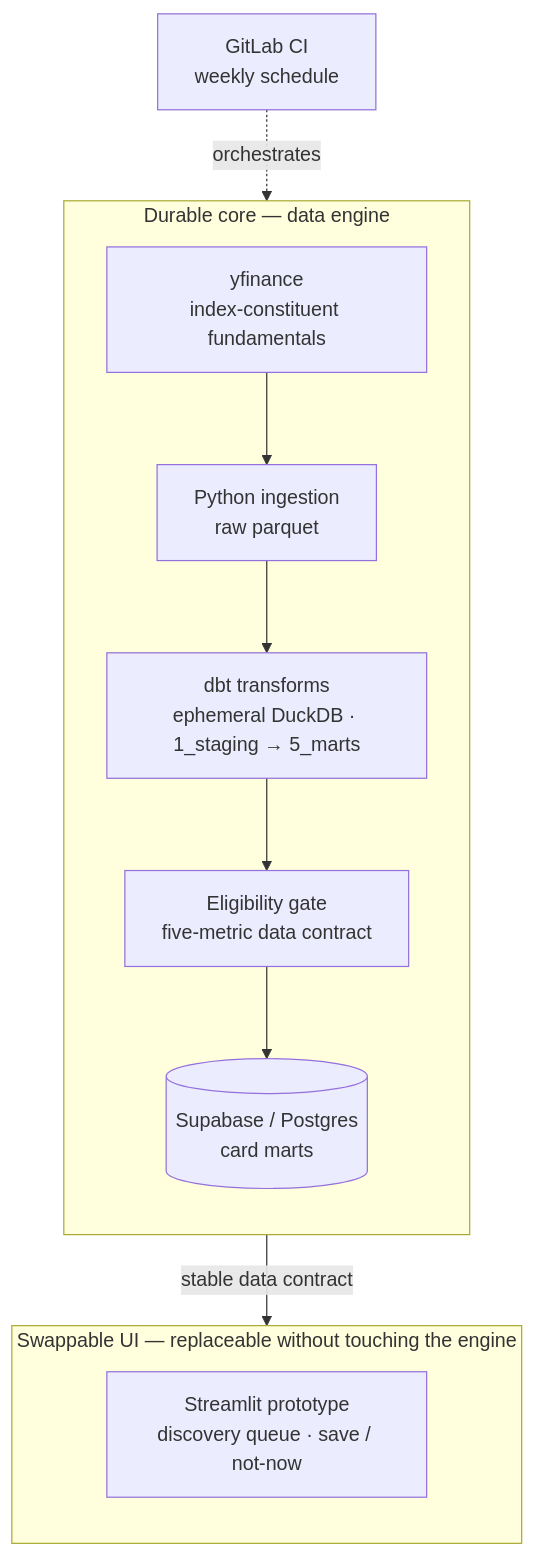
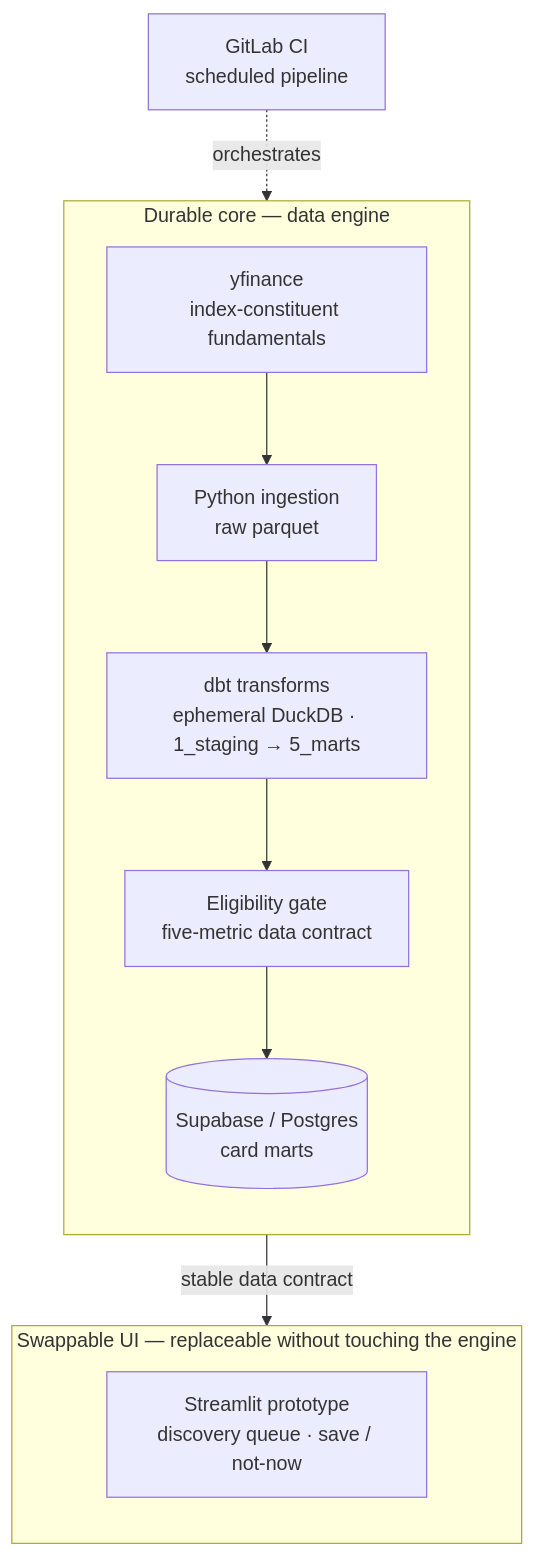
One commit to ramialfahham/stock-explorer-app changed the diagram in README.md. Above: the diagram before and after it, drawn with Mermaid. The commit also changed other lines of this file and 14 other files, not shown here.

First line of the commit message:
Switch data pipeline cadence from weekly to every two weeks

````diff
--- a/README.md
+++ b/README.md
@@ -26,16 +26,16 @@
 ```mermaid
 flowchart TD
     subgraph core["Durable core — data engine"]
         direction TB
         A["yfinance<br/>index-constituent fundamentals"] --> B["Python ingestion<br/>raw parquet"]
         B --> C["dbt transforms<br/>ephemeral DuckDB · 1_staging → 5_marts"]
         C --> D["Eligibility gate<br/>five-metric data contract"]
         D --> E[("Supabase / Postgres<br/>card marts")]
     end
     E -->|"stable data contract"| F
     subgraph ui["Swappable UI — replaceable without touching the engine"]
         direction TB
         F["Streamlit prototype<br/>discovery queue · save / not-now"]
     end
-    G["GitLab CI<br/>weekly schedule"] -.orchestrates.-> core
+    G["GitLab CI<br/>scheduled pipeline"] -.orchestrates.-> core
 ```
````
